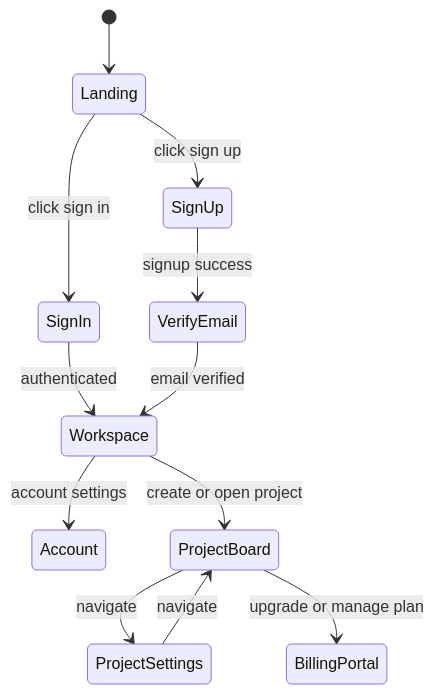
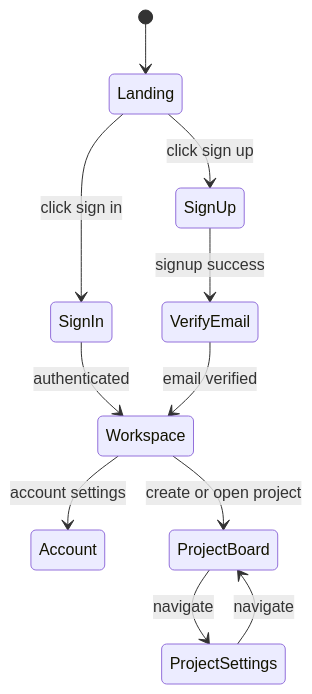
One commit to mc6ril/workbench changed the first of 2 diagrams in docs/architecture/user-flows.md. Above: the diagram before and after it, drawn with Mermaid. The commit also changed other lines of this file and 9 other files, not shown here.

````diff
--- a/docs/architecture/user-flows.md
+++ b/docs/architecture/user-flows.md
@@ -41,17 +40,16 @@
 ```mermaid
 stateDiagram-v2
    [*] --> Landing
    Landing --> SignIn: click sign in
    Landing --> SignUp: click sign up
 
    SignIn --> Workspace: authenticated
    SignUp --> VerifyEmail: signup success
    VerifyEmail --> Workspace: email verified
 
    Workspace --> Account: account settings
    Workspace --> ProjectBoard: create or open project
 
    ProjectBoard --> ProjectSettings: navigate
-   ProjectBoard --> BillingPortal: upgrade or manage plan
    ProjectSettings --> ProjectBoard: navigate
 ```
````
